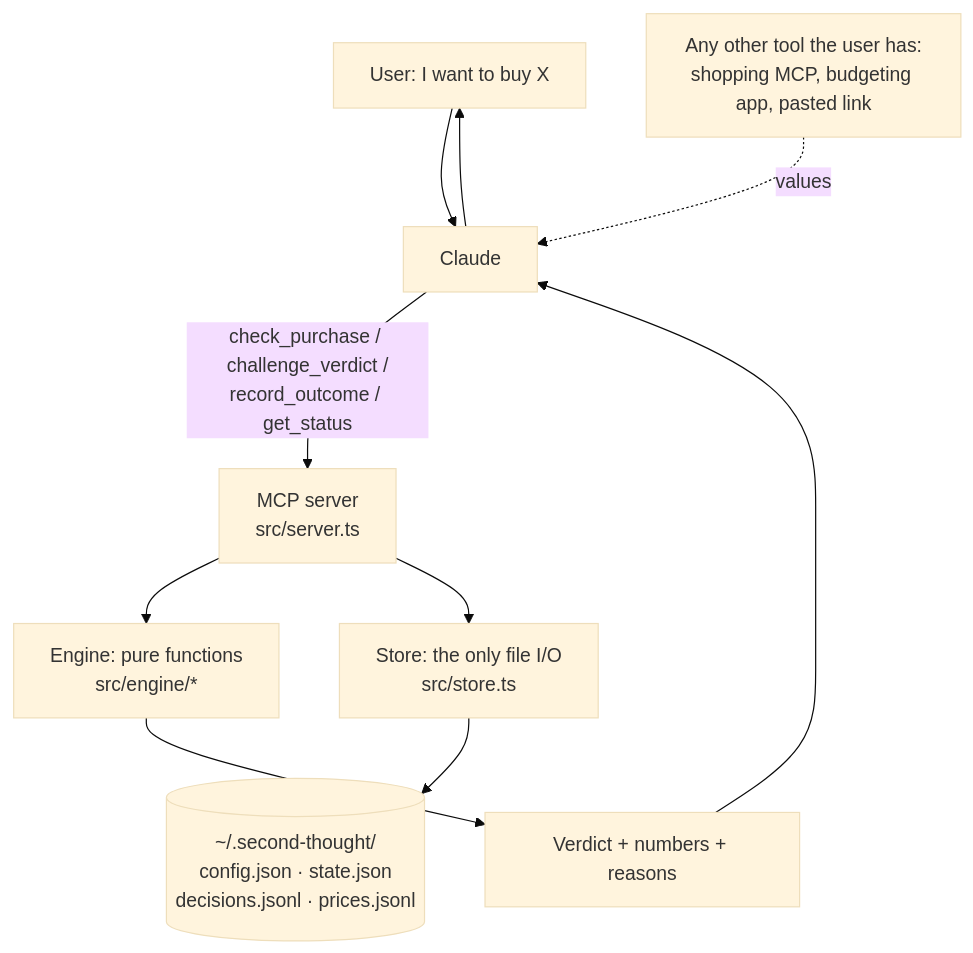
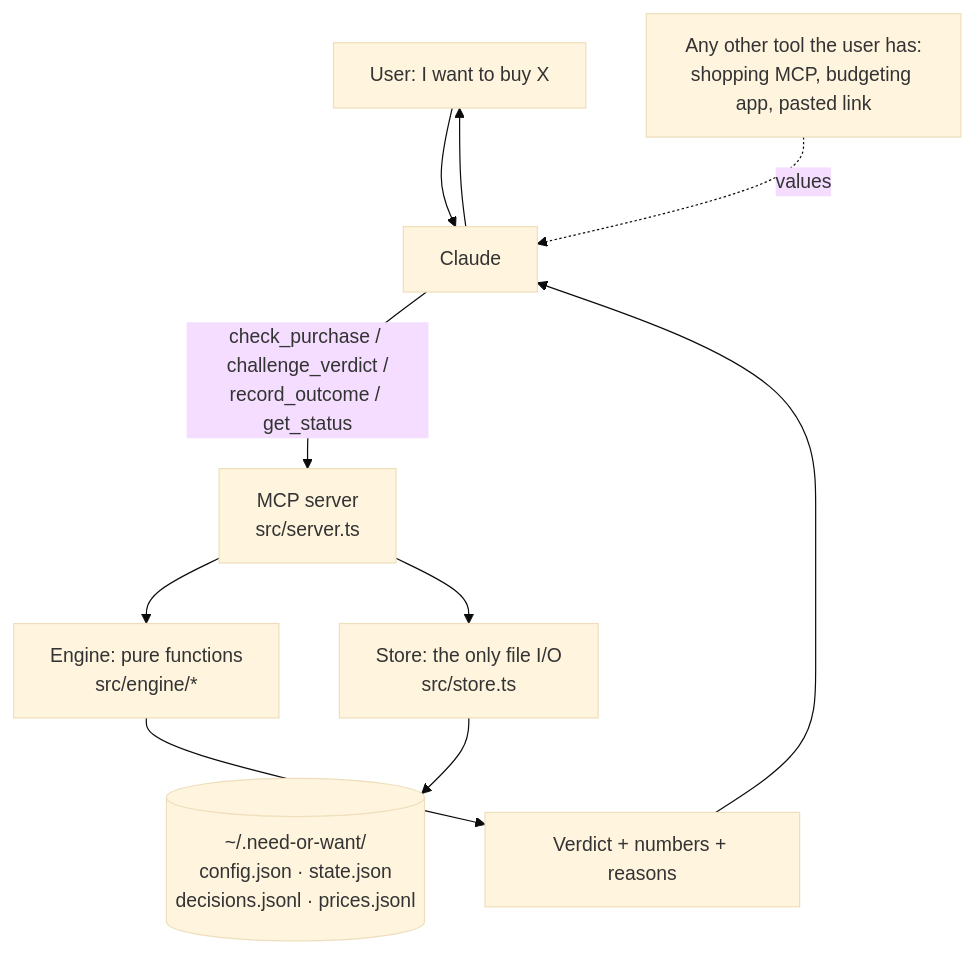
Before and after one commit to justadityaraj/need-or-want-mcp: the diagram in docs/DESIGN.md, drawn with Mermaid (base theme). The commit also changed other lines of this file and 2 other files, not shown here.

First line of the commit message:
docs: rename to Need or Want and add the implementation plan

````diff
--- a/docs/DESIGN.md
+++ b/docs/DESIGN.md
@@ -44,11 +44,11 @@
 ```mermaid
 flowchart TD
     U[User: I want to buy X] --> C[Claude]
     O[Any other tool the user has:<br/>shopping MCP, budgeting app, pasted link] -.values.-> C
     C -->|check_purchase / challenge_verdict /<br/>record_outcome / get_status| S[MCP server<br/>src/server.ts]
     S --> E[Engine: pure functions<br/>src/engine/*]
     S --> ST[Store: the only file I/O<br/>src/store.ts]
-    ST --> F[(~/.second-thought/<br/>config.json · state.json<br/>decisions.jsonl · prices.jsonl)]
+    ST --> F[(~/.need-or-want/<br/>config.json · state.json<br/>decisions.jsonl · prices.jsonl)]
     E --> V[Verdict + numbers + reasons]
     V --> C --> U
 ```
````
